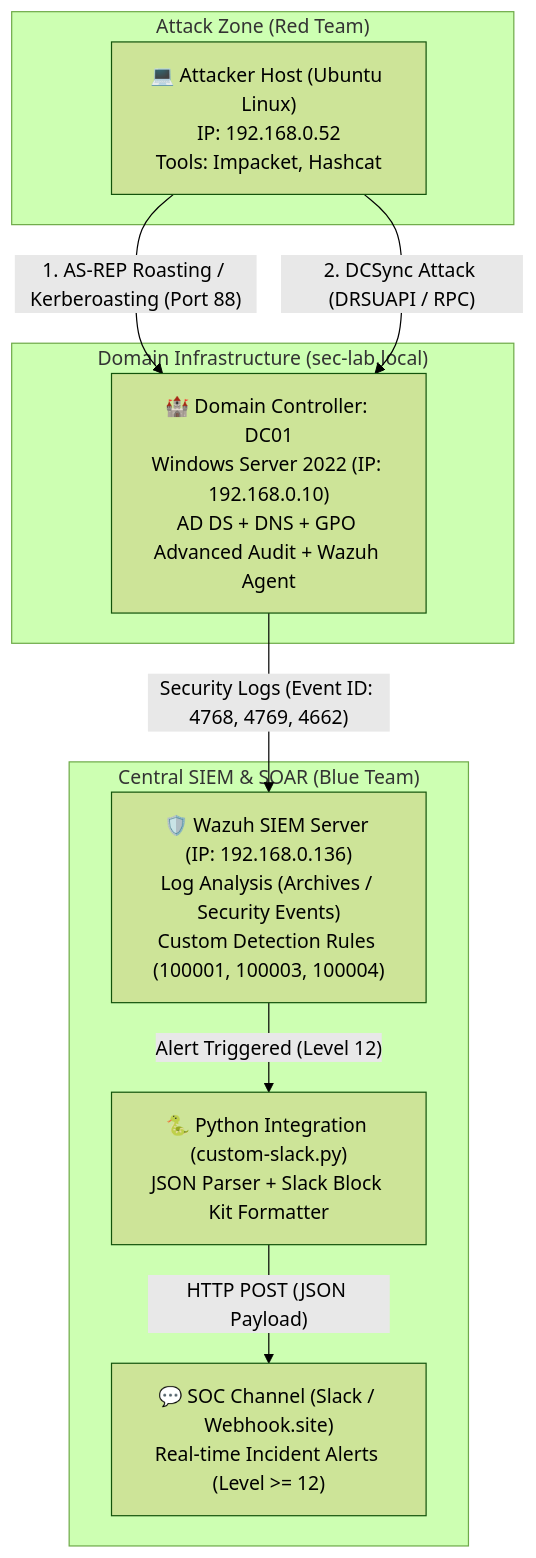
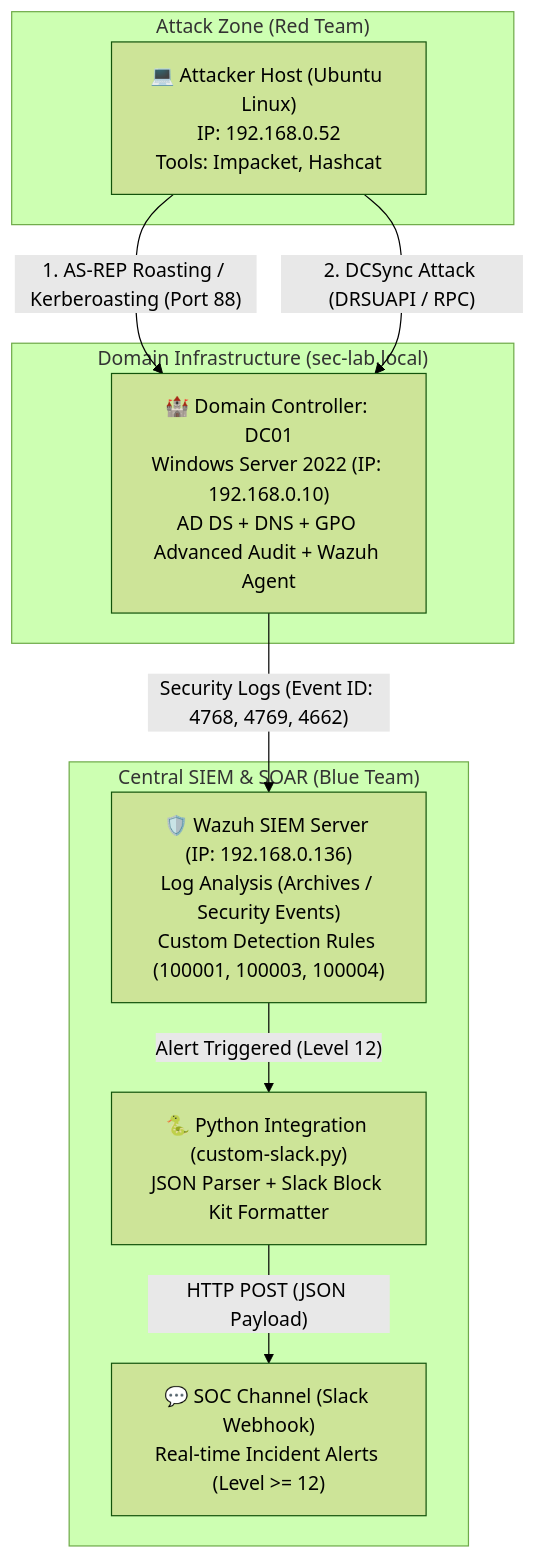
Before and after one commit to PiotrAsyngier/Active-Directory-Lab: the diagram in README_EN.md, drawn with Mermaid (forest theme). The commit also changed other lines of this file and 1 other file, not shown here.

````diff
--- a/README_EN.md
+++ b/README_EN.md
@@ -37,22 +38,22 @@
 ```mermaid
 graph TD
     subgraph "Attack Zone (Red Team)"
         Attacker["💻 Attacker Host (Ubuntu Linux)<br/>IP: 192.168.0.52<br/>Tools: Impacket, Hashcat"]
     end
 
     subgraph "Domain Infrastructure (sec-lab.local)"
         DC01["🏰 Domain Controller: DC01<br/>Windows Server 2022 (IP: 192.168.0.10)<br/>AD DS + DNS + GPO Advanced Audit + Wazuh Agent"]
     end
 
     subgraph "Central SIEM & SOAR (Blue Team)"
         WazuhSIEM["🛡️ Wazuh SIEM Server (IP: 192.168.0.136)<br/>Log Analysis (Archives / Security Events)<br/>Custom Detection Rules (100001, 100003, 100004)"]
         SOAR["🐍 Python Integration (custom-slack.py)<br/>JSON Parser + Slack Block Kit Formatter"]
-        Webhook["💬 SOC Channel (Slack / Webhook.site)<br/>Real-time Incident Alerts (Level >= 12)"]
+        Webhook["💬 SOC Channel (Slack Webhook)<br/>Real-time Incident Alerts (Level >= 12)"]
     end
 
     Attacker -->|"1. AS-REP Roasting / Kerberoasting (Port 88)"| DC01
     Attacker -->|"2. DCSync Attack (DRSUAPI / RPC)"| DC01
     DC01 -->|"Security Logs (Event ID: 4768, 4769, 4662)"| WazuhSIEM
     WazuhSIEM -->|"Alert Triggered (Level 12)"| SOAR
     SOAR -->|"HTTP POST (JSON Payload)"| Webhook
 ```
````
